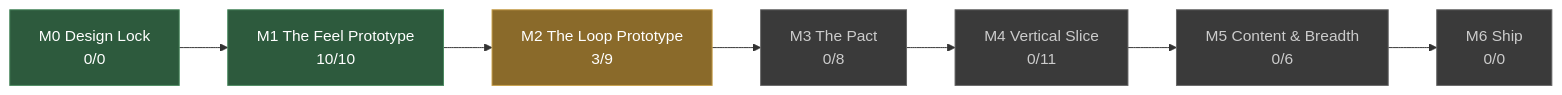
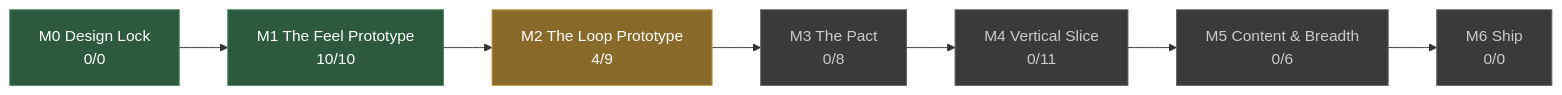
The diagram in docs/STATUS.md (JoshuaGessner/she), drawn with Mermaid before and after one commit. The commit also changed other lines of this file and 18 other files, not shown here.

````diff
--- a/docs/STATUS.md
+++ b/docs/STATUS.md
@@ -13,19 +13,19 @@
 ```mermaid
 flowchart LR
   M0["M0 Design Lock<br/>0/0"]:::passed
   M1["M1 The Feel Prototype<br/>10/10"]:::passed
   M0 --> M1
-  M2["M2 The Loop Prototype<br/>3/9"]:::current
+  M2["M2 The Loop Prototype<br/>4/9"]:::current
   M1 --> M2
   M3["M3 The Pact<br/>0/8"]:::ahead
   M2 --> M3
   M4["M4 Vertical Slice<br/>0/11"]:::ahead
   M3 --> M4
   M5["M5 Content & Breadth<br/>0/6"]:::ahead
   M4 --> M5
   M6["M6 Ship<br/>0/0"]:::ahead
   M5 --> M6
   classDef passed fill:#2d5a3d,stroke:#4a8a5f,color:#fff
   classDef current fill:#8a6a2a,stroke:#c8a04a,color:#fff
   classDef ahead fill:#3a3a3a,stroke:#666,color:#ccc
 ```
````
